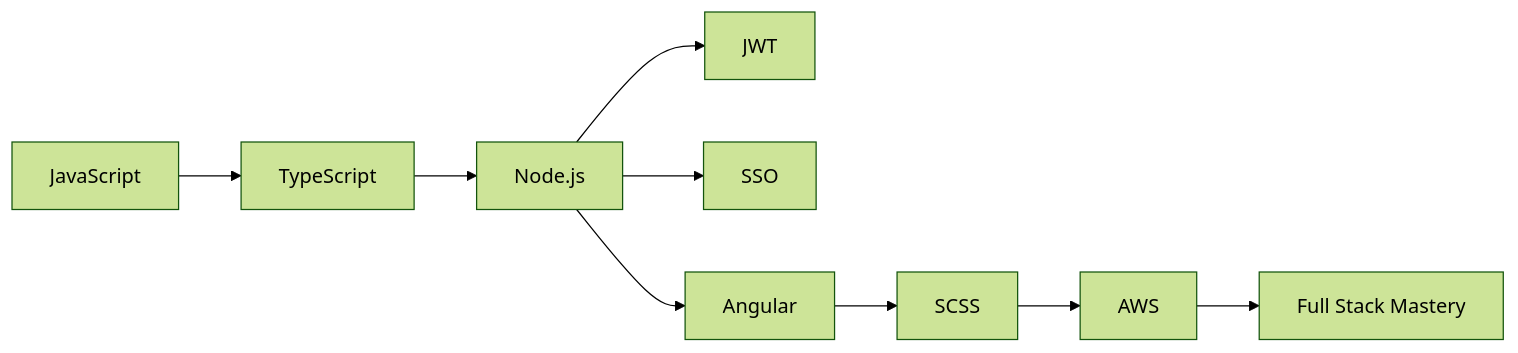
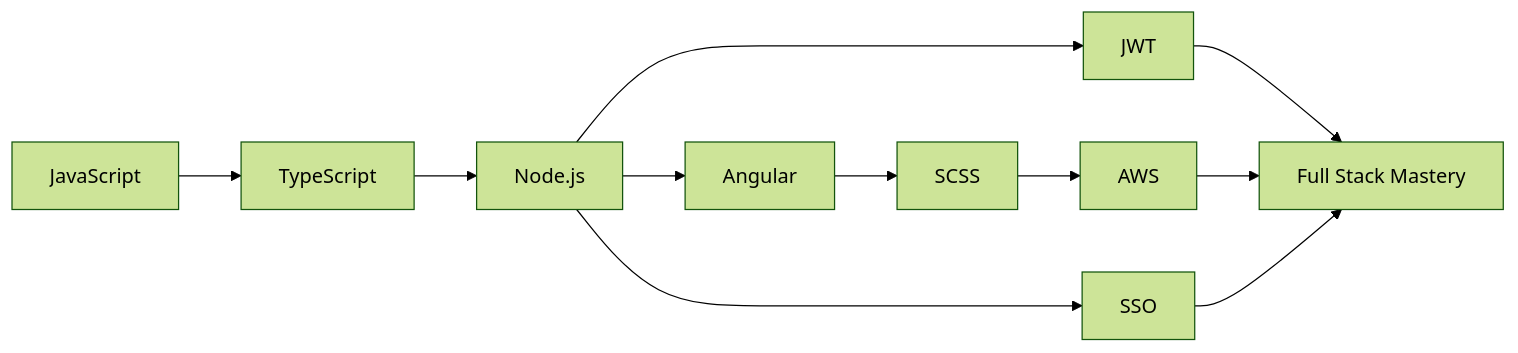
Before and after one commit to jakobneri/jakobneri: the diagram in README.md, drawn with Mermaid (forest theme).

Commit message:
Add current learning path section to README
Added a current learning path diagram using Mermaid syntax.

````diff
--- a/README.md
+++ b/README.md
@@ -56,11 +39,7 @@
 ```mermaid
 graph LR
-    A[JavaScript] --> B[TypeScript]
-    B --> C[Node.js]
-    C --> H[JWT]
-    C --> I[SSO]
-    C --> D[Angular]
-    D --> E[SCSS]
-    E --> F[AWS]
-    F --> G[Full Stack Mastery]
+    A[JavaScript] --> B[TypeScript] --> C[Node.js]
+    C --> H[JWT] --> G[Full Stack Mastery]
+    C --> D[Angular] --> E[SCSS] --> F[AWS] --> G
+    C --> I[SSO] --> G
 ```
````
